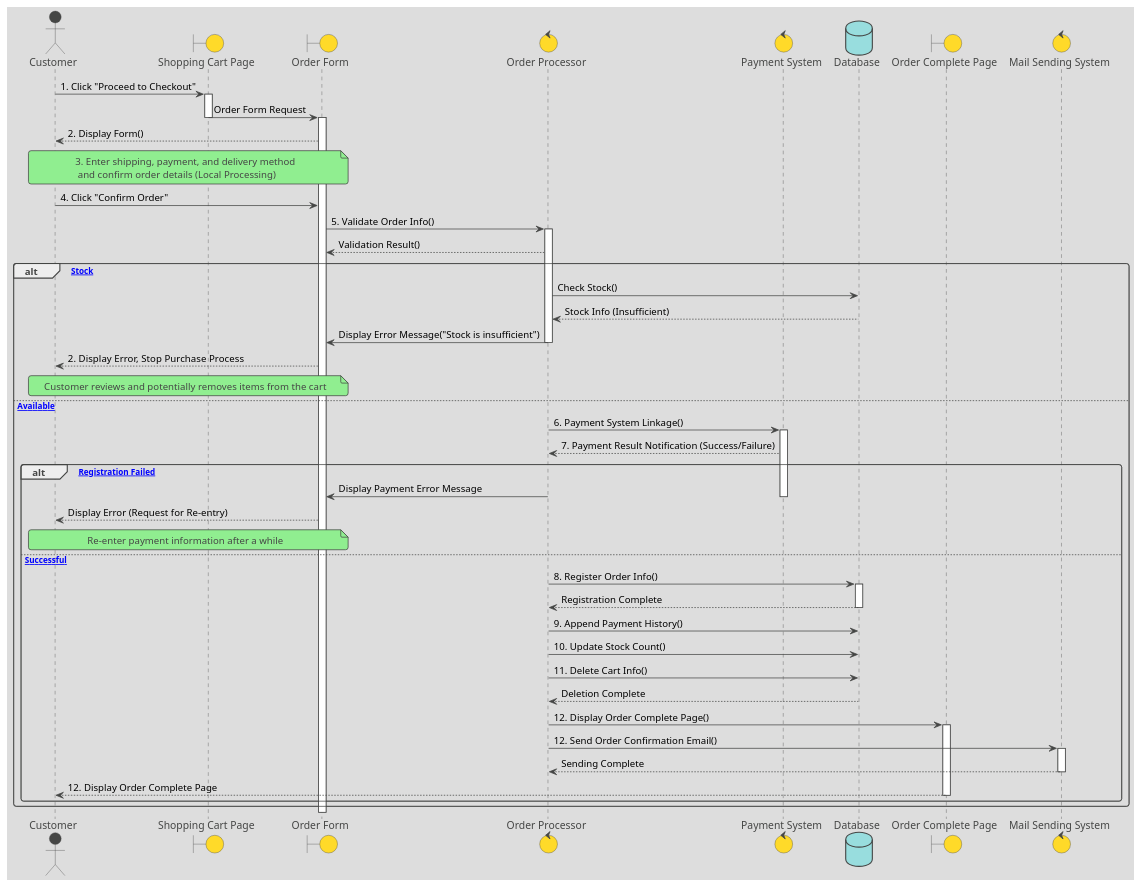
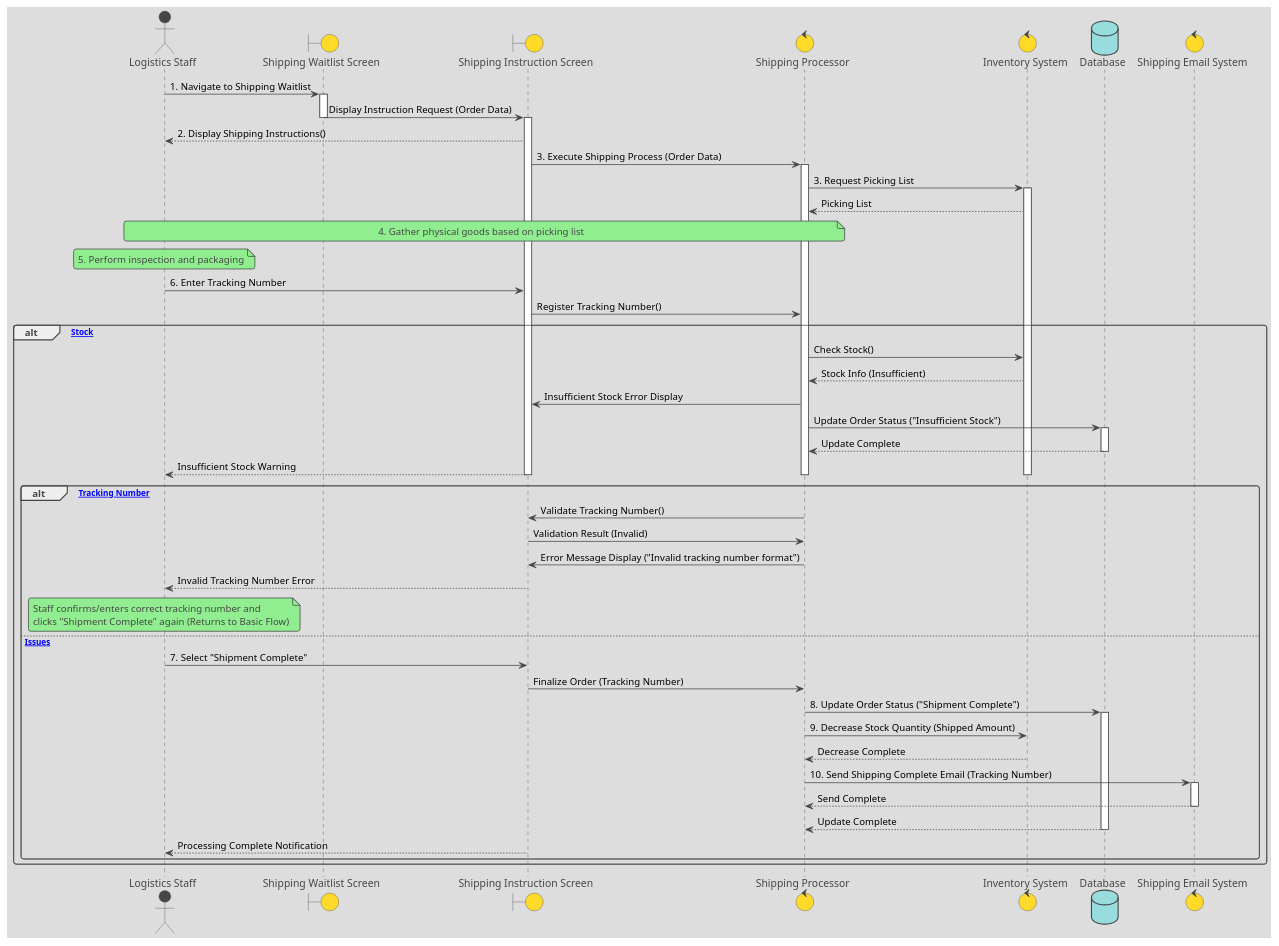
Before and after one commit to mameiku/group3-4: the diagram in Sequence_tyumon.pu, drawn with PlantUML. The commit also changed 1 other file, not shown here.

```diff
--- a/Sequence_tyumon.pu
+++ b/Sequence_tyumon.pu
@@ -1,106 +1,114 @@
-@startuml OrderSequenceDiagram
+@startuml ShippingPreparationSequenceDiagram
 !theme toy
 
 ' ====================================================================
 ' Participant Definitions (Based on Use Case Description)
 ' ====================================================================
-actor Customer
-boundary ShoppingCartPage as "Shopping Cart Page"
-boundary OrderForm as "Order Form"
-control OrderProcessor as "Order Processor"
-control PaymentSystem as "Payment System"
+actor LogisticsStaff as "Logistics Staff"
+boundary ShippingListScreen as "Shipping Waitlist Screen"
+boundary ShippingInstructionScreen as "Shipping Instruction Screen"
+control ShippingProcessor as "Shipping Processor"
+control InventorySystem as "Inventory System"
 database Database as "Database"
-boundary OrderCompletePage as "Order Complete Page"
-control MailSystem as "Mail Sending System"
+control MailSystem as "Shipping Email System"
 
 ' ====================================================================
 ' Basic Flow
 ' ====================================================================
 
-' 1. The customer clicks the "Proceed to Checkout" button on the shopping cart page.
-Customer -> ShoppingCartPage : 1. Click "Proceed to Checkout"
-activate ShoppingCartPage
+' 1. Logistics staff navigates from the management screen to the "Shipping Waitlist".
+LogisticsStaff -> ShippingListScreen : 1. Navigate to Shipping Waitlist
+activate ShippingListScreen
 
-ShoppingCartPage -> OrderForm : Order Form Request
-deactivate ShoppingCartPage
-activate OrderForm
+' 2. The system selects an order awaiting shipment and displays "Shipping Instructions".
+ShippingListScreen -> ShippingInstructionScreen : Display Instruction Request (Order Data)
+deactivate ShippingListScreen
+activate ShippingInstructionScreen
 
-' 2. The system displays the order form.
-OrderForm --> Customer : 2. Display Form()
+ShippingInstructionScreen --> LogisticsStaff : 2. Display Shipping Instructions()
 
-' 3. The customer enters information and confirms the order details (local operation).
-Note over Customer, OrderForm : 3. Enter shipping, payment, and delivery method\n and confirm order details (Local Processing)
+' 3. The system executes the shipping process based on the order and creates a picking list.
+ShippingInstructionScreen -> ShippingProcessor : 3. Execute Shipping Process (Order Data)
+activate ShippingProcessor
 
-' 4. The customer clicks the "Confirm Order" button.
-Customer -> OrderForm : 4. Click "Confirm Order"
+ShippingProcessor -> InventorySystem : 3. Request Picking List
+activate InventorySystem
+InventorySystem --> ShippingProcessor : Picking List
 
-' 5. The system validates the order content based on the entered information.
-OrderForm -> OrderProcessor : 5. Validate Order Info()
-activate OrderProcessor
-OrderProcessor --> OrderForm : Validation Result()
+' 4. The actor gathers physical goods from the warehouse based on the picking list.
+Note over LogisticsStaff, ShippingProcessor : 4. Gather physical goods based on picking list
 
-' --- Alternate Flow 1: Insufficient Stock ---
+' 5. The actor inspects and packs the goods.
+Note over LogisticsStaff : 5. Perform inspection and packaging
+
+' 6. The actor issues the shipping slip and enters the tracking number into the system.
+LogisticsStaff -> ShippingInstructionScreen : 6. Enter Tracking Number
+ShippingInstructionScreen -> ShippingProcessor : Register Tracking Number()
+
+' --- Alternative Flow 1: Cannot ship due to insufficient stock (Fork at Basic Flow 3) ---
 alt [Insufficient Stock]
-    OrderProcessor -> Database : Check Stock()
-    Database --> OrderProcessor : Stock Info (Insufficient)
-    OrderProcessor -> OrderForm : Display Error Message("Stock is insufficient")
-    deactivate OrderProcessor
+    ' Basic Flow 3. System checks stock.
+    ShippingProcessor -> InventorySystem : Check Stock()
+    InventorySystem --> ShippingProcessor : Stock Info (Insufficient)
     
-    OrderForm --> Customer : 2. Display Error, Stop Purchase Process
+    ' Alt 1-1. System detects insufficient stock during processing.
+    ShippingProcessor -> ShippingInstructionScreen : Insufficient Stock Error Display
+    
+    ' Alt 1-2. System updates the order status to "Insufficient Stock".
+    ShippingProcessor -> Database : Update Order Status ("Insufficient Stock")
+    activate Database
+    Database --> ShippingProcessor : Update Complete
+    deactivate Database
 
-    Note over Customer, OrderForm : Customer reviews and potentially removes items from the cart
-    ' deactivate OrderForm ' **Removed error line**
+    ' Alt 1-3. Display warning message to the actor.
+    ShippingInstructionScreen --> LogisticsStaff : Insufficient Stock Warning
 
-else [Stock Available]
-    ' 6. The system links information to the payment system based on the selected payment method.
-    OrderProcessor -> PaymentSystem : 6. Payment System Linkage()
-    activate PaymentSystem
+    deactivate InventorySystem
+    deactivate ShippingProcessor
+    deactivate ShippingInstructionScreen
 
-    ' 7. The system receives a payment completion notification from the payment system.
-    PaymentSystem --> OrderProcessor : 7. Payment Result Notification (Success/Failure)
+' --- Alternative Flow 2: Invalid format for tracking number (Fork at Basic Flow 6) ---
+alt [Invalid Tracking Number]
+    ShippingProcessor -> ShippingInstructionScreen : Validate Tracking Number()
+    ShippingInstructionScreen -> ShippingProcessor : Validation Result (Invalid)
 
-    ' --- Alternate Flow 2: Payment Registration Failed ---
-    alt [Payment Registration Failed]
-        OrderProcessor -> OrderForm : Display Payment Error Message
-        deactivate PaymentSystem
-        deactivate OrderProcessor
-        OrderForm --> Customer : Display Error (Request for Re-entry)
-        Note over Customer, OrderForm : Re-enter payment information after a while
-        ' deactivate OrderForm ' **Commented out error line**
+    ' Alt 2-1. System displays an error message.
+    ShippingProcessor -> ShippingInstructionScreen : Error Message Display ("Invalid tracking number format")
+    deactivate ShippingProcessor
+    ShippingInstructionScreen --> LogisticsStaff : Invalid Tracking Number Error
+    
+    Note over LogisticsStaff : Staff confirms/enters correct tracking number and\nclicks "Shipment Complete" again (Returns to Basic Flow)
+    deactivate ShippingInstructionScreen
+    
+else [No Issues]
+    ' 7. The actor selects the "Shipment Complete" button.
+    LogisticsStaff -> ShippingInstructionScreen : 7. Select "Shipment Complete"
+    ShippingInstructionScreen -> ShippingProcessor : Finalize Order (Tracking Number)
+    
+    ' 8. The system updates the order status to "Shipment Complete".
+    ShippingProcessor -> Database : 8. Update Order Status ("Shipment Complete")
+    activate Database
 
-    else [Payment Successful]
-        ' 8. The system finalizes the order and registers the order information in the database.
-        OrderProcessor -> Database : 8. Register Order Info()
-        activate Database
-        Database --> OrderProcessor : Registration Complete
-        deactivate Database
+    ' 9. The system reduces the stock quantity of the shipped goods.
+    ShippingProcessor -> InventorySystem : 9. Decrease Stock Quantity (Shipped Amount)
+    InventorySystem --> ShippingProcessor : Decrease Complete
+    deactivate InventorySystem
 
-        ' 9. The system appends to the customer's payment history (database operation).
-        OrderProcessor -> Database : 9. Append Payment History()
+    ' 10. The system automatically sends a shipping completion email including the tracking number to the customer.
+    ShippingProcessor -> MailSystem : 10. Send Shipping Complete Email (Tracking Number)
+    activate MailSystem
+    MailSystem --> ShippingProcessor : Send Complete
+    deactivate MailSystem
 
-        ' 10. The system updates the stock count of the ordered products.
-        OrderProcessor -> Database : 10. Update Stock Count()
+    Database --> ShippingProcessor : Update Complete
+    deactivate Database
+    
+    ' Post-condition: Update screen display and return to list.
+    deactivate ShippingProcessor
+    ShippingInstructionScreen --> LogisticsStaff : Processing Complete Notification
+    deactivate ShippingInstructionScreen
 
-        ' 11. The system deletes the cart information for the ordered products.
-        OrderProcessor -> Database : 11. Delete Cart Info()
-        Database --> OrderProcessor : Deletion Complete
-
-        ' 12. Displays the order complete screen and sends an order confirmation email.
-        OrderProcessor -> OrderCompletePage : 12. Display Order Complete Page()
-        activate OrderCompletePage
-
-        OrderProcessor -> MailSystem : 12. Send Order Confirmation Email()
-        activate MailSystem
-        MailSystem --> OrderProcessor : Sending Complete
-        deactivate MailSystem
-
-        deactivate OrderProcessor
-        OrderCompletePage --> Customer : 12. Display Order Complete Page
-        deactivate OrderCompletePage
-        ' deactivate OrderForm ' **Basic Flow lifeline end**
-    end ' Close Payment Result alt
-end ' Close Stock Check alt
-
-' deactivate OrderForm ' Original deleted line
+end ' Close Alternative Flow 2 alt
+end ' Close Alternative Flow 1 alt
 
 @enduml
```
